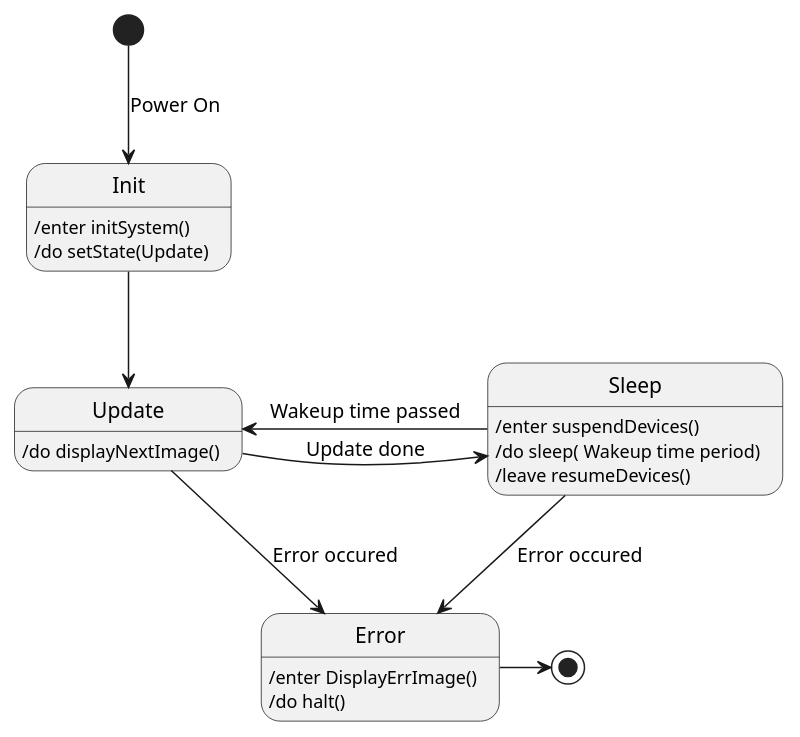
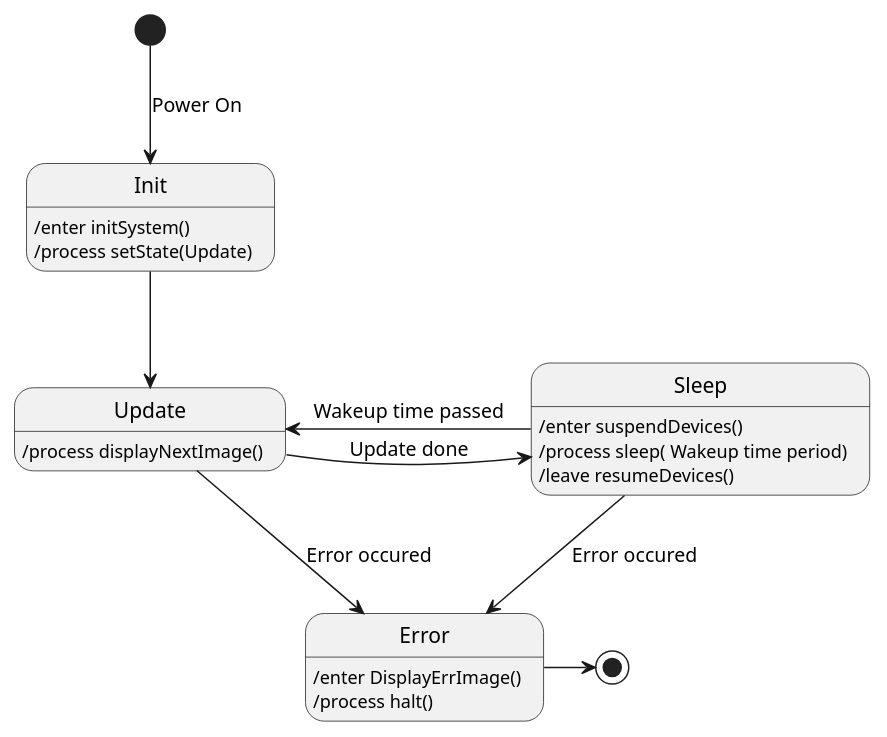
One commit to nhjschulz/EInkPicFrame changed the diagram in design/plantuml/StateMachine.plantuml. Above: the diagram before and after it, drawn with PlantUML. The commit also changed 8 other files, not shown here.

```diff
--- a/design/plantuml/StateMachine.plantuml
+++ b/design/plantuml/StateMachine.plantuml
@@ -1,26 +1,26 @@
-@startuml
+@startuml StateMachine
 
 [*] --> Init : Power On
 Init -->  Update
 
 Update -> Sleep : Update done
 Sleep -l> Update : Wakeup time passed
 
 Update -d-> Error : Error occured
 Sleep -d-> Error : Error occured
 
 Error -> [*]
 
 Init: /enter initSystem()
-Init: /do setState(Update)
+Init: /process setState(Update)
 
 Error: /enter DisplayErrImage()
-Error: /do halt()
+Error: /process halt()
 
-Update: /do displayNextImage()
+Update: /process displayNextImage()
 
 Sleep: /enter suspendDevices()
-Sleep: /do sleep( Wakeup time period)
+Sleep: /process sleep( Wakeup time period)
 Sleep: /leave resumeDevices()
 
 @enduml
```
